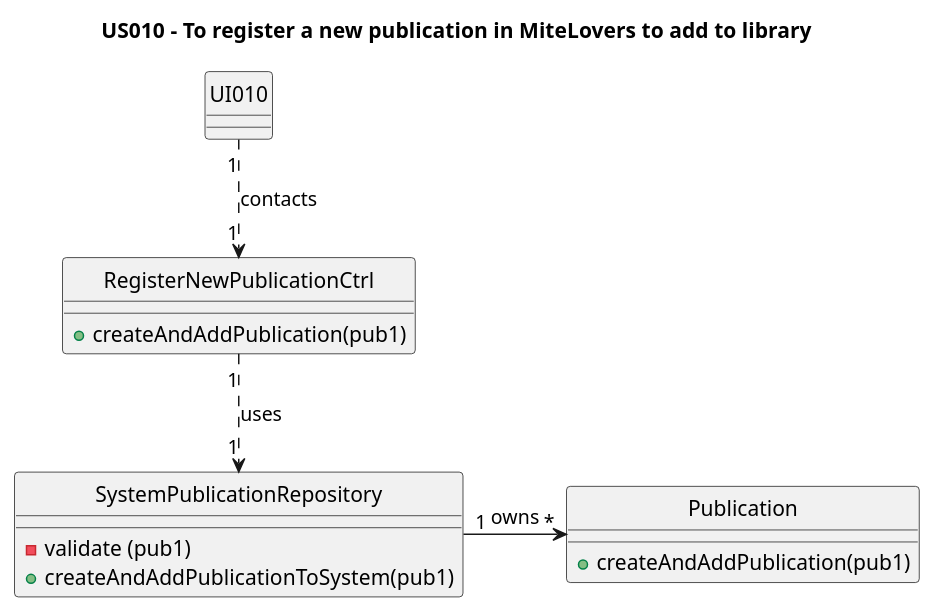
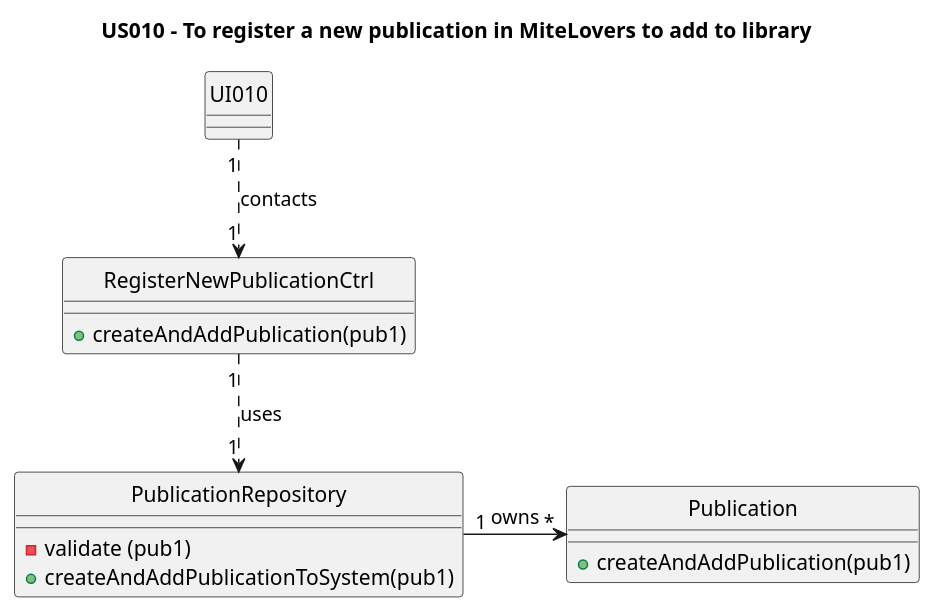
The diagram in Diagrams/ClassDiagrams/US010-to-register-a-publication-to-add-to-library.puml (AndrePereiraGitH/SWitCH-Project-Team_A), drawn with PlantUML before and after one commit. The commit also changed 14 other files, not shown here.

Commit message:
Working on #124, #125, #126, #127, #128. Corrected small mistakes in diagrams, created controller classes for controllers (and their tests) in US008 and US010, updated tests for City, CityRepo and Publication(@inesgiesteira)

```diff
--- a/Diagrams/ClassDiagrams/US010-to-register-a-publication-to-add-to-library.puml
+++ b/Diagrams/ClassDiagrams/US010-to-register-a-publication-to-add-to-library.puml
@@ -1,30 +1,30 @@
 @startuml
 title US010 - To register a new publication in MiteLovers to add to library
 
 hide circle
 
 class UI010 {
 }
 
 class RegisterNewPublicationCtrl {
 +createAndAddPublication(pub1)
 }
 
-class SystemPublicationRepository{
+class PublicationRepository{
 
 -validate (pub1)
 +createAndAddPublicationToSystem(pub1)
 }
 
 class Publication {
 +createAndAddPublication(pub1)
 }
 
 ' interactions
 UI010 "1" ..> "1" RegisterNewPublicationCtrl : contacts
-RegisterNewPublicationCtrl "1" ..> "1" SystemPublicationRepository : uses
-SystemPublicationRepository "1" -> "*" Publication : owns
+RegisterNewPublicationCtrl "1" ..> "1" PublicationRepository : uses
+PublicationRepository "1" -> "*" Publication : owns
 
 'missing cardinalities
 
 @enduml
```
